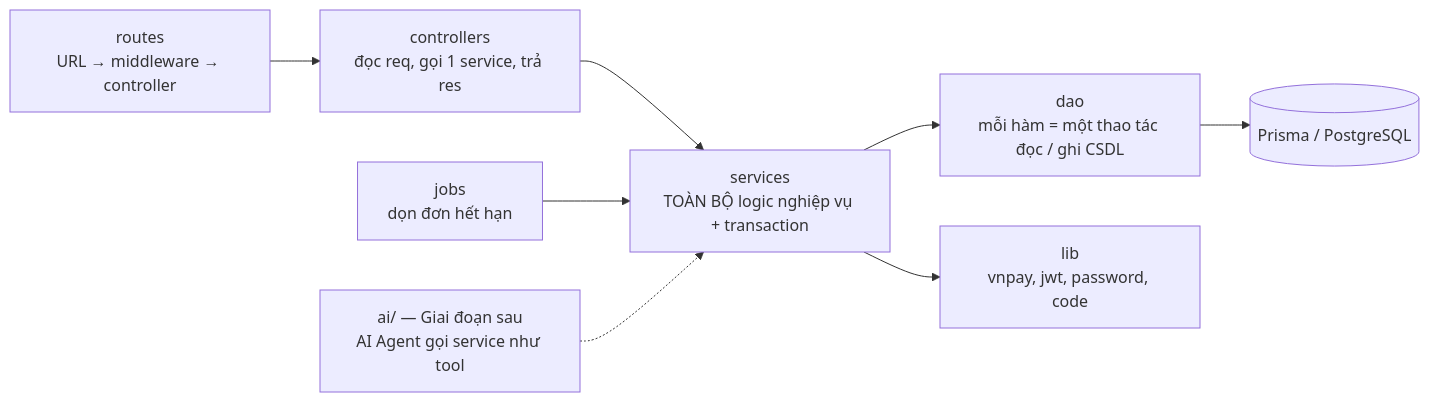
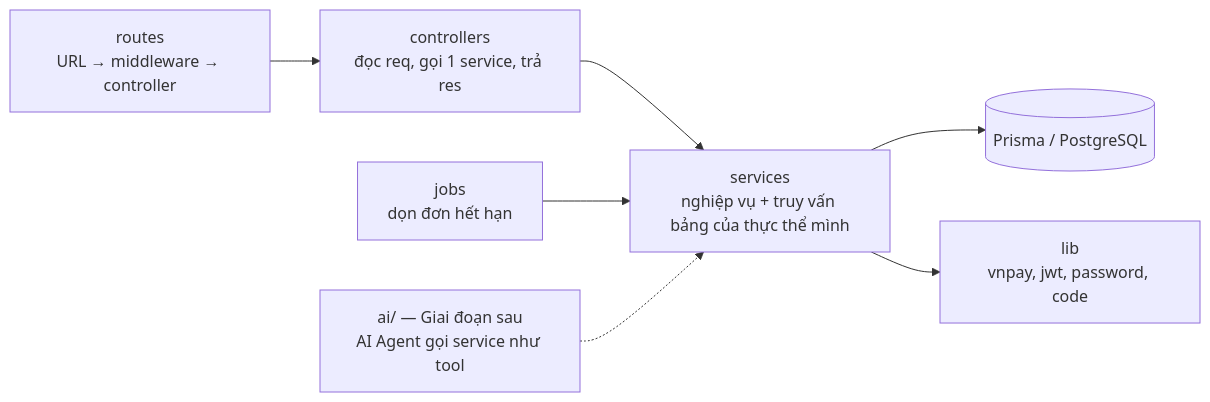
The diagram in docs/04-api-contract.md (khuongkhuongkhuong/Cinemind), drawn with Mermaid before and after one commit. The commit also changed other lines of this file and 2 other files, not shown here.

First line of the commit message:
docs: bỏ tầng DAO, truy vấn nằm trong service cùng thực thể (docs/04 v1.26)

````diff
--- a/docs/04-api-contract.md
+++ b/docs/04-api-contract.md
@@ -476,10 +476,9 @@
 ```mermaid
 flowchart LR
     R[routes<br/>URL → middleware → controller] --> C[controllers<br/>đọc req, gọi 1 service, trả res]
-    C --> S[services<br/>TOÀN BỘ logic nghiệp vụ + transaction]
-    S --> D[dao<br/>mỗi hàm = một thao tác đọc / ghi CSDL]
-    D --> P[(Prisma / PostgreSQL)]
+    C --> S[services<br/>nghiệp vụ + truy vấn bảng của thực thể mình]
+    S --> P[(Prisma / PostgreSQL)]
     S --> L[lib<br/>vnpay, jwt, password, code]
     J[jobs<br/>dọn đơn hết hạn] --> S
     AI[ai/ — Giai đoạn sau<br/>AI Agent gọi service như tool] -.-> S
 ```
````
